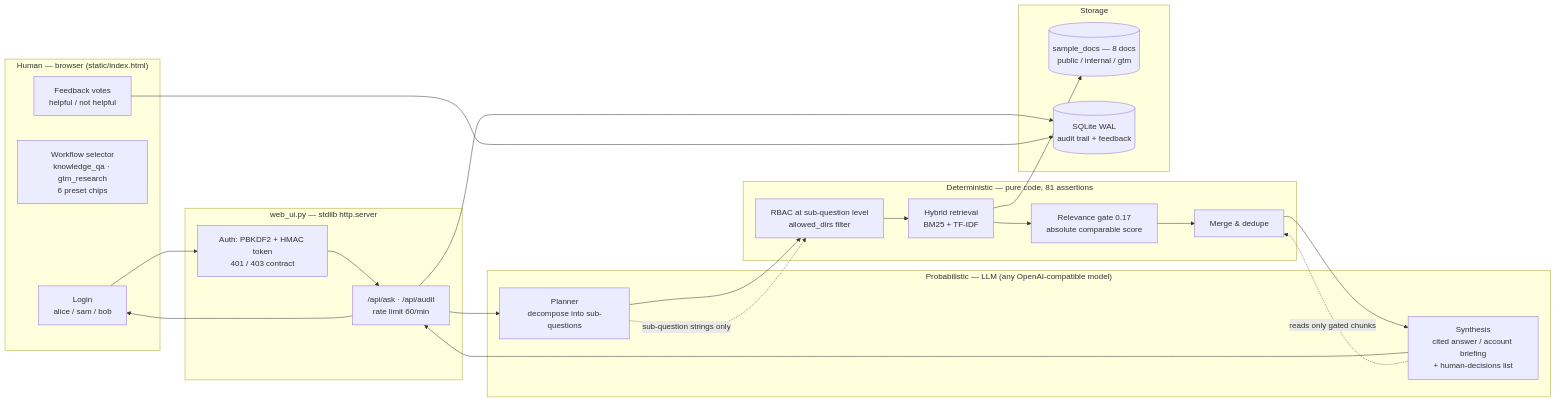
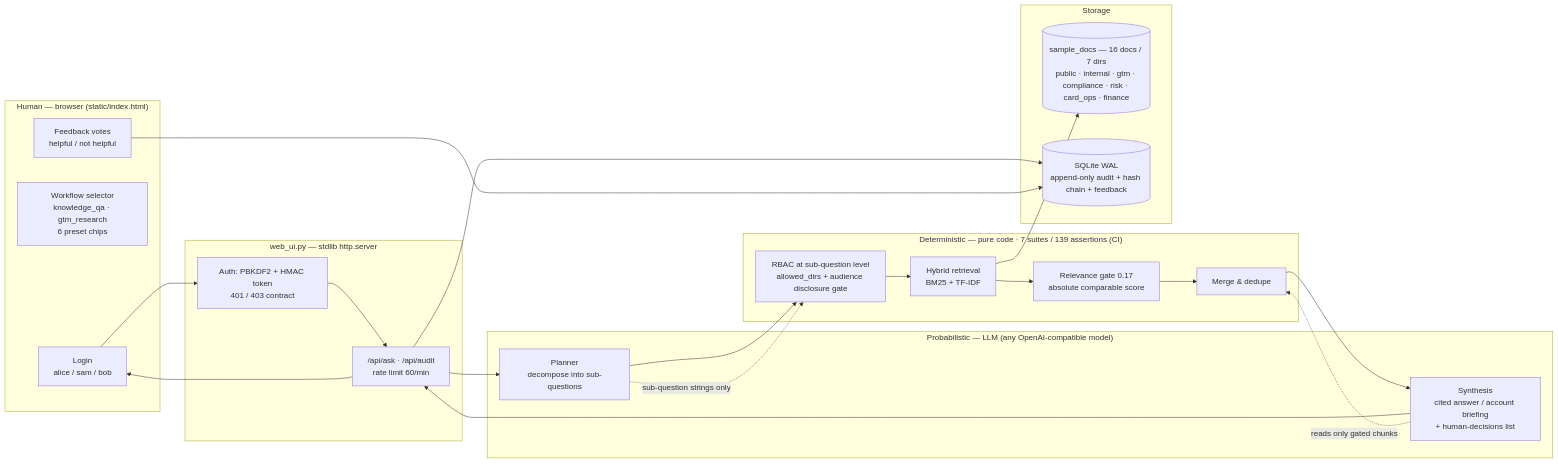
One commit to summersalt827/meridian-pay-kb changed the diagram in docs/architecture.md. Above: the diagram before and after it, drawn with Mermaid. The commit also changed 4 other files, not shown here.

First line of the commit message:
fix: screenshot script broken by token login — rewrite to login flow, add 9th disclosure scenario

````diff
--- a/docs/architecture.md
+++ b/docs/architecture.md
@@ -7,32 +7,32 @@
 ```mermaid
 flowchart LR
   subgraph H["Human — browser (static/index.html)"]
     LOGIN["Login<br/>alice / sam / bob"]
     SEL["Workflow selector<br/>knowledge_qa · gtm_research<br/>6 preset chips"]
     FEED["Feedback votes<br/>helpful / not helpful"]
   end
   subgraph S["web_ui.py — stdlib http.server"]
     AUTH["Auth: PBKDF2 + HMAC token<br/>401 / 403 contract"]
     API["/api/ask · /api/audit<br/>rate limit 60/min"]
   end
   subgraph P["Probabilistic — LLM (any OpenAI-compatible model)"]
     PLAN["Planner<br/>decompose into sub-questions"]
     SYNTH["Synthesis<br/>cited answer / account briefing<br/>+ human-decisions list"]
   end
-  subgraph D["Deterministic — pure code, 81 assertions"]
-    RBAC["RBAC at sub-question level<br/>allowed_dirs filter"]
+  subgraph D["Deterministic — pure code · 7 suites / 139 assertions (CI)"]
+    RBAC["RBAC at sub-question level<br/>allowed_dirs + audience disclosure gate"]
     RET["Hybrid retrieval<br/>BM25 + TF-IDF"]
     GATE["Relevance gate 0.17<br/>absolute comparable score"]
     MERGE["Merge & dedupe"]
   end
   subgraph X["Storage"]
-    DOCS[("sample_docs — 8 docs<br/>public / internal / gtm")]
-    DB[("SQLite WAL<br/>audit trail + feedback")]
+    DOCS[("sample_docs — 16 docs / 7 dirs<br/>public · internal · gtm · compliance · risk · card_ops · finance")]
+    DB[("SQLite WAL<br/>append-only audit + hash chain + feedback")]
   end
   LOGIN --> AUTH --> API --> PLAN --> RBAC --> RET --> GATE --> MERGE --> SYNTH --> API --> LOGIN
   RET --> DOCS
   API --> DB
   FEED --> DB
   PLAN -. "sub-question strings only" .-> RBAC
   SYNTH -. "reads only gated chunks" .-> MERGE
 ```
````
